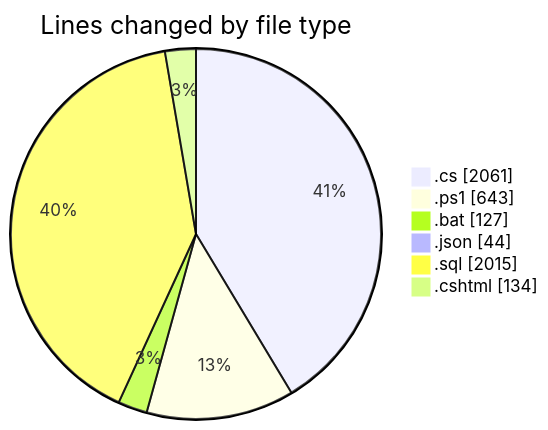
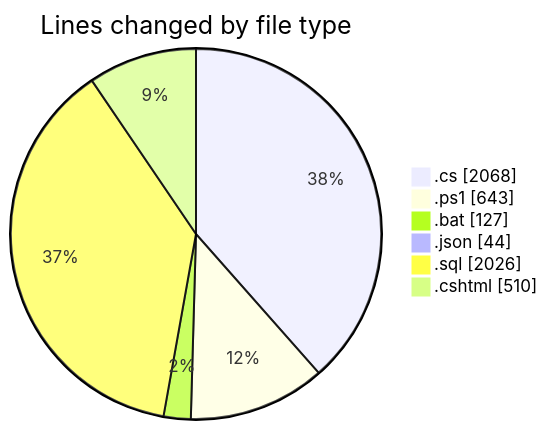
Before and after one commit to lephambinh05/code-tracking: the first of 2 diagrams in 2025-07-28/quanlyrapchieuphim-2/README.md, drawn with Mermaid. The commit also changed other lines of this file and 1 other file, not shown here.

````diff
--- a/2025-07-28/quanlyrapchieuphim-2/README.md
+++ b/2025-07-28/quanlyrapchieuphim-2/README.md
@@ -44,10 +45,10 @@
 ```mermaid
 pie showData
 title Lines changed by file type
-".cs" : 2061
+".cs" : 2068
 ".ps1" : 643
 ".bat" : 127
 ".json" : 44
-".sql" : 2015
-".cshtml" : 134
+".sql" : 2026
+".cshtml" : 510
 ```
````
